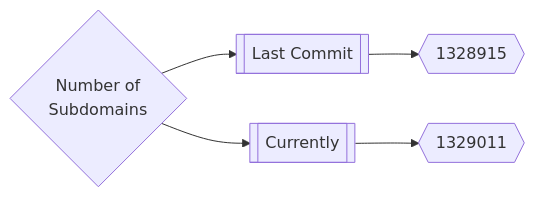
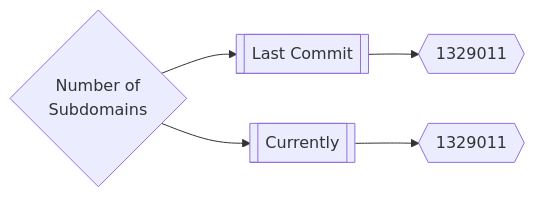
The first of 3 diagrams in README.md (trickest/inventory), drawn with Mermaid before and after one commit.

Commit message:
Update Wed Apr  6 10:20:18 UTC 2022

````diff
--- a/README.md
+++ b/README.md
@@ -165,5 +165,5 @@
 ```mermaid
 graph LR
-title{Number of<br>Subdomains} --> subdomainsDate1[[Last Commit]] --> subdomainsNum1{{1328915}}
+title{Number of<br>Subdomains} --> subdomainsDate1[[Last Commit]] --> subdomainsNum1{{1329011}}
 title --> subdomainsDate2[[Currently]] --> subdomainsNum2{{1329011}}
 ```
````
